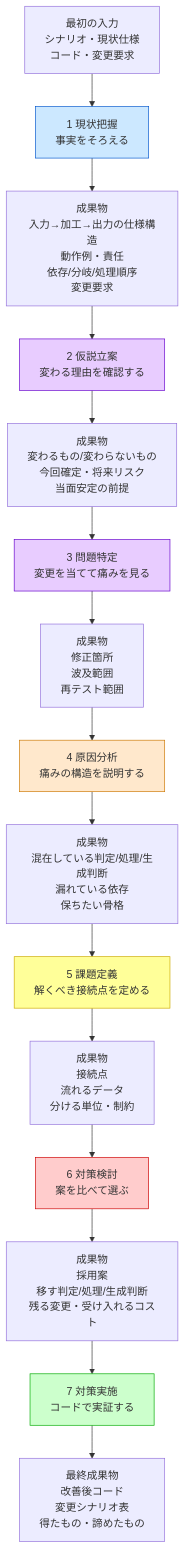
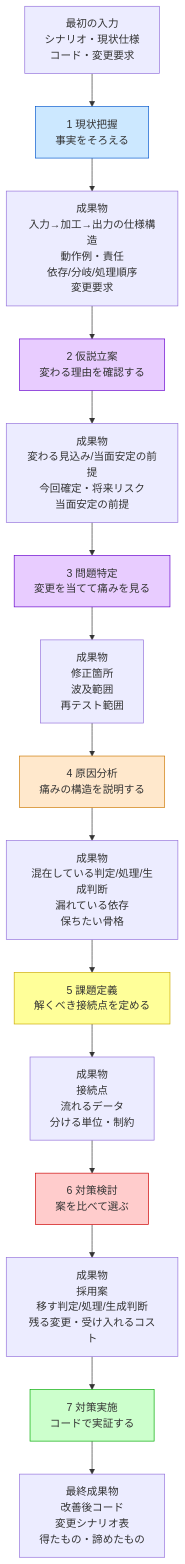
The second of 3 diagrams in kindle/design-patterns/output/chapter00_2.md (kumachan1101-pixel/DesignPattern), drawn with Mermaid before and after one commit. The commit also changed other lines of this file and 16 other files, not shown here.

````diff
--- a/kindle/design-patterns/output/chapter00_2.md
+++ b/kindle/design-patterns/output/chapter00_2.md
@@ -87,41 +87,41 @@
 ```mermaid
 flowchart TB
     I0["最初の入力<br>シナリオ・現状仕様<br>コード・変更要求"]
 
     P1["1 現状把握<br>事実をそろえる"]
     O1["成果物<br>入力→加工→出力の仕様構造<br>動作例・責任<br>依存/分岐/処理順序<br>変更要求"]
 
     P2["2 仮説立案<br>変わる理由を確認する"]
-    O2["成果物<br>変わるもの/変わらないもの<br>今回確定・将来リスク<br>当面安定の前提"]
+    O2["成果物<br>変わる見込み/当面安定の前提<br>今回確定・将来リスク<br>当面安定の前提"]
 
     P3["3 問題特定<br>変更を当てて痛みを見る"]
     O3["成果物<br>修正箇所<br>波及範囲<br>再テスト範囲"]
 
     P4["4 原因分析<br>痛みの構造を説明する"]
     O4["成果物<br>混在している判定/処理/生成判断<br>漏れている依存<br>保ちたい骨格"]
 
     P5["5 課題定義<br>解くべき接続点を定める"]
     O5["成果物<br>接続点<br>流れるデータ<br>分ける単位・制約"]
 
     P6["6 対策検討<br>案を比べて選ぶ"]
     O6["成果物<br>採用案<br>移す判定/処理/生成判断<br>残る変更・受け入れるコスト"]
 
     P7["7 対策実施<br>コードで実証する"]
     O7["最終成果物<br>改善後コード<br>変更シナリオ表<br>得たもの・諦めたもの"]
 
     I0 --> P1 --> O1
     O1 --> P2 --> O2
     O2 --> P3 --> O3
     O3 --> P4 --> O4
     O4 --> P5 --> O5
     O5 --> P6 --> O6
     O6 --> P7 --> O7
 
     style P1 fill:#cce8ff,stroke:#0055cc
     style P2 fill:#e8ccff,stroke:#6600cc
     style P3 fill:#e8ccff,stroke:#6600cc
     style P4 fill:#ffe8cc,stroke:#cc7700
     style P5 fill:#ffff99,stroke:#ccaa00
     style P6 fill:#ffcccc,stroke:#cc0000
     style P7 fill:#ccffcc,stroke:#00aa00
 ```
````
